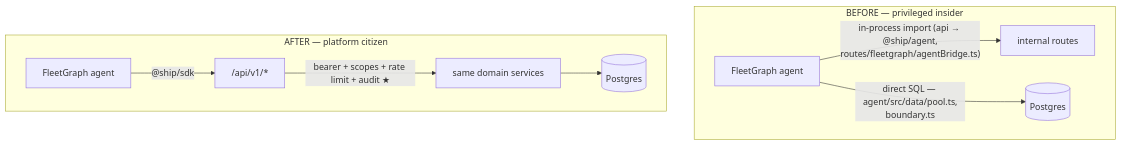
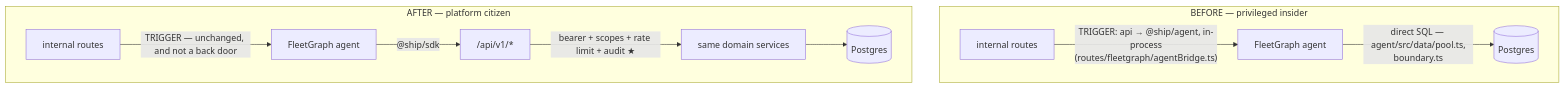
The fifth of 5 diagrams in docs/architecture.md (joshdrochon/ship), drawn with Mermaid before and after one commit. The commit also changed other lines of this file and 11 other files, not shown here.

````diff
--- a/docs/architecture.md
+++ b/docs/architecture.md
@@ -617,12 +617,13 @@
 ```mermaid
 flowchart TB
     subgraph Before["BEFORE — privileged insider"]
-        A1[FleetGraph agent] -->|"in-process import (api → @ship/agent,<br/>routes/fleetgraph/agentBridge.ts)"| API1[internal routes]
+        API1[internal routes] -->|"TRIGGER: api → @ship/agent, in-process<br/>(routes/fleetgraph/agentBridge.ts)"| A1[FleetGraph agent]
         A1 -->|"direct SQL — agent/src/data/pool.ts,<br/>boundary.ts"| DB1[(Postgres)]
     end
     subgraph After["AFTER — platform citizen"]
-        A2[FleetGraph agent] -->|"@ship/sdk"| V1["/api/v1/*"]
+        API2[internal routes] -->|"TRIGGER — unchanged, and not a back door"| A2[FleetGraph agent]
+        A2 -->|"@ship/sdk"| V1["/api/v1/*"]
         V1 -->|"bearer + scopes + rate limit + audit ★"| SVC[same domain services]
         SVC --> DB2[(Postgres)]
     end
 ```
````
